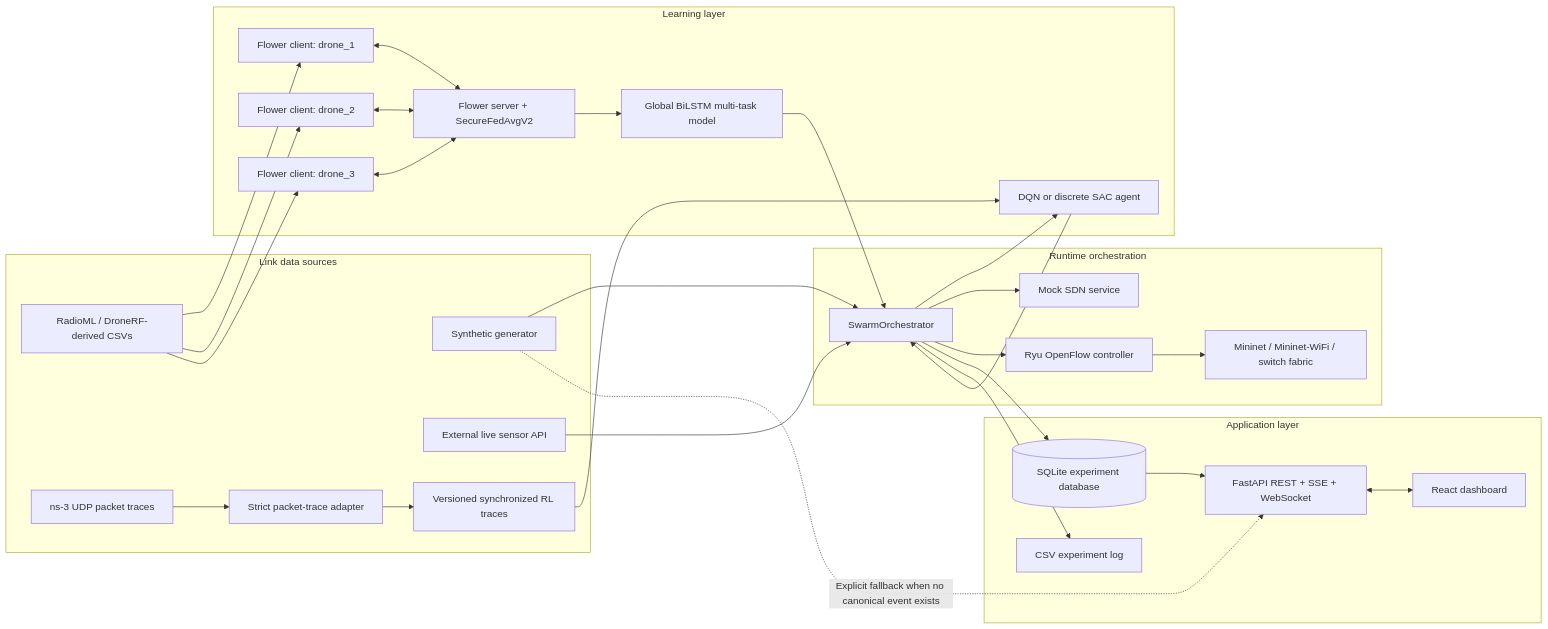
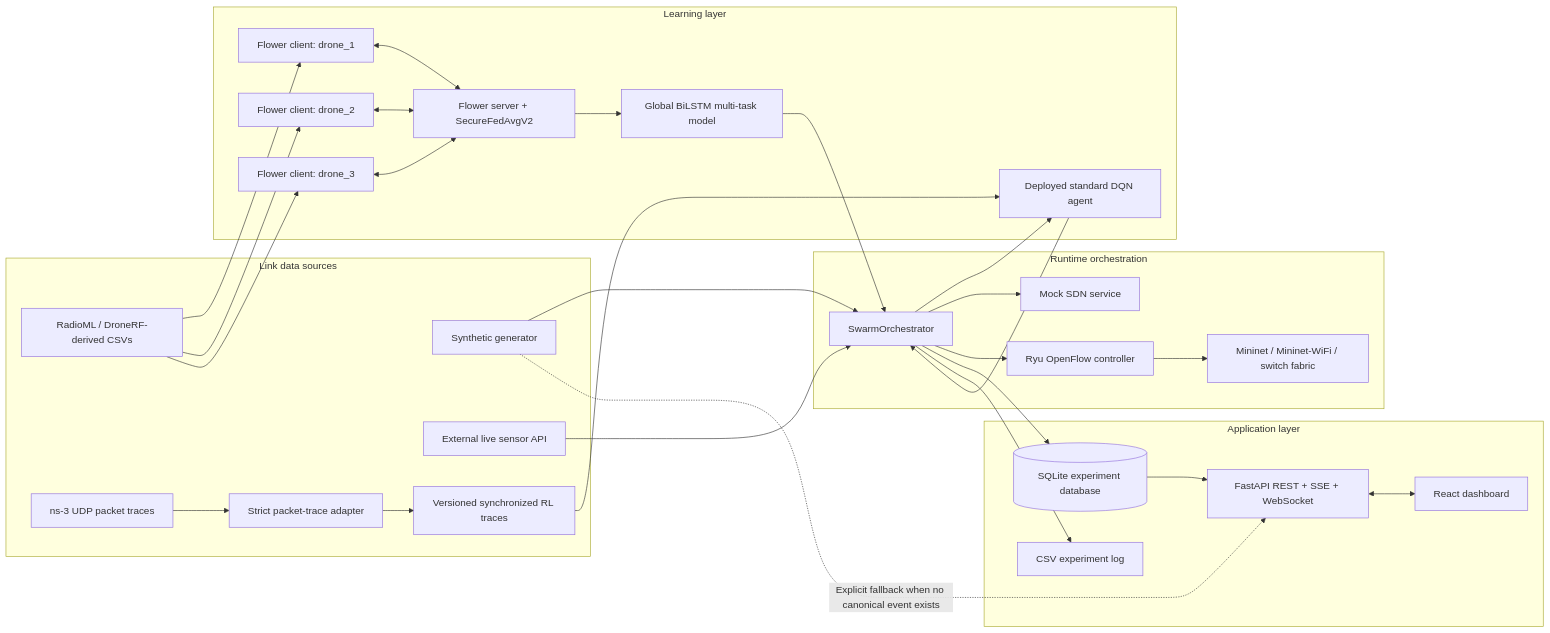
The first of 8 diagrams in README.md (aaravkohli/FLARE), drawn with Mermaid before and after one commit. The commit also changed other lines of this file and 129 other files, not shown here.

````diff
--- a/README.md
+++ b/README.md
@@ -104,58 +100,58 @@
 ```mermaid
 flowchart LR
     subgraph Sources["Link data sources"]
         GEN["Synthetic generator"]
         LIVE["External live sensor API"]
         DATA["RadioML / DroneRF-derived CSVs"]
         NS3["ns-3 UDP packet traces"]
         ADAPTER["Strict packet-trace adapter"]
         TRACE["Versioned synchronized RL traces"]
     end
 
     subgraph Learning["Learning layer"]
         C1["Flower client: drone_1"]
         C2["Flower client: drone_2"]
         C3["Flower client: drone_3"]
         FLS["Flower server + SecureFedAvgV2"]
         MODEL["Global BiLSTM multi-task model"]
-        RL["DQN or discrete SAC agent"]
+        RL["Deployed standard DQN agent"]
     end
 
     subgraph Runtime["Runtime orchestration"]
         ORCH["SwarmOrchestrator"]
         MOCK["Mock SDN service"]
         RYU["Ryu OpenFlow controller"]
         NET["Mininet / Mininet-WiFi / switch fabric"]
     end
 
     subgraph App["Application layer"]
         DB[("SQLite experiment database")]
         CSV["CSV experiment log"]
         API["FastAPI REST + SSE + WebSocket"]
         UI["React dashboard"]
     end
 
     DATA --> C1
     DATA --> C2
     DATA --> C3
     C1 <--> FLS
     C2 <--> FLS
     C3 <--> FLS
     FLS --> MODEL
     NS3 --> ADAPTER
     ADAPTER --> TRACE
     TRACE --> RL
     GEN --> ORCH
     LIVE --> ORCH
     MODEL --> ORCH
     ORCH --> RL
     RL --> ORCH
     ORCH --> MOCK
     ORCH --> RYU
     RYU --> NET
     ORCH --> DB
     ORCH --> CSV
     DB --> API
     GEN -. Explicit fallback when no canonical event exists .-> API
     API <--> UI
 ```
````
